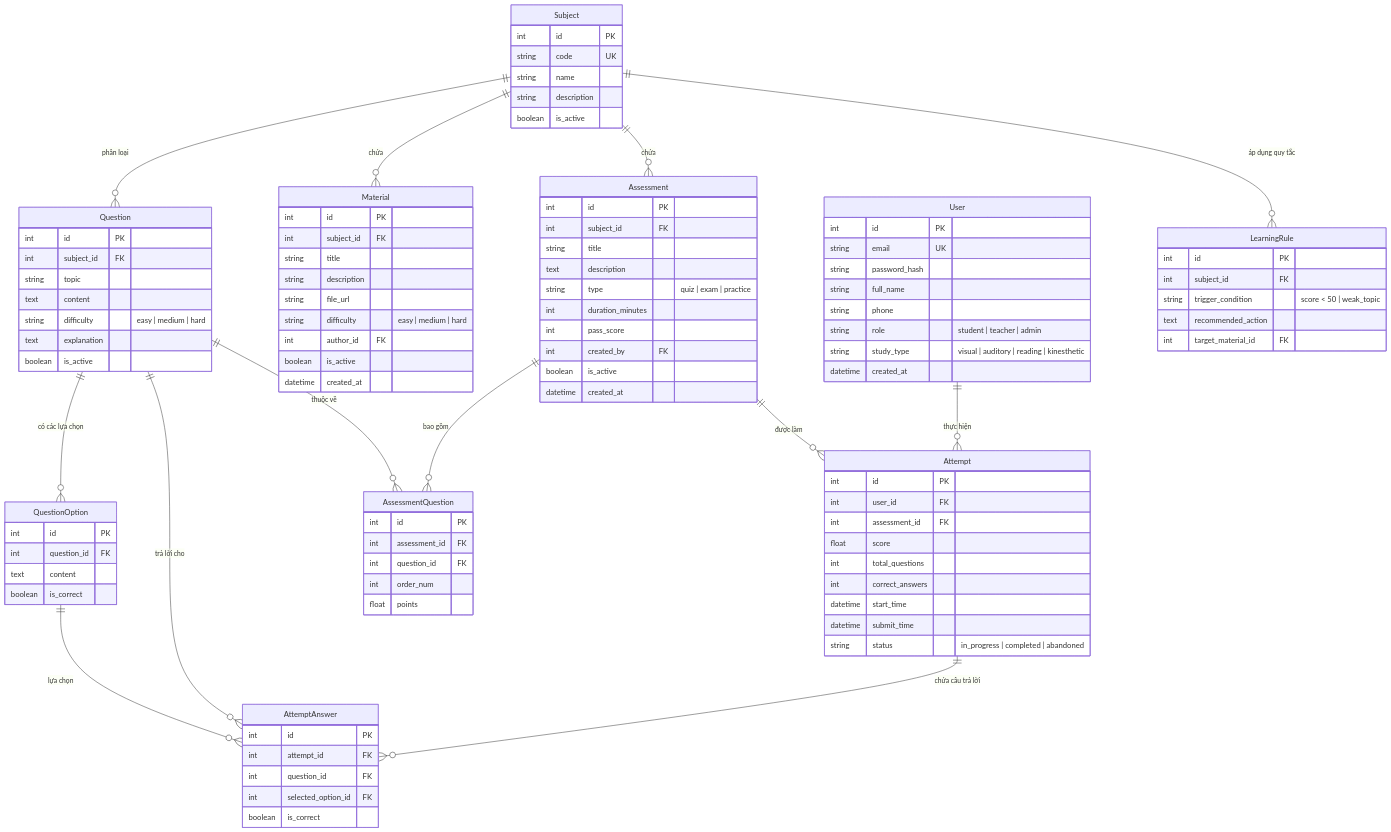
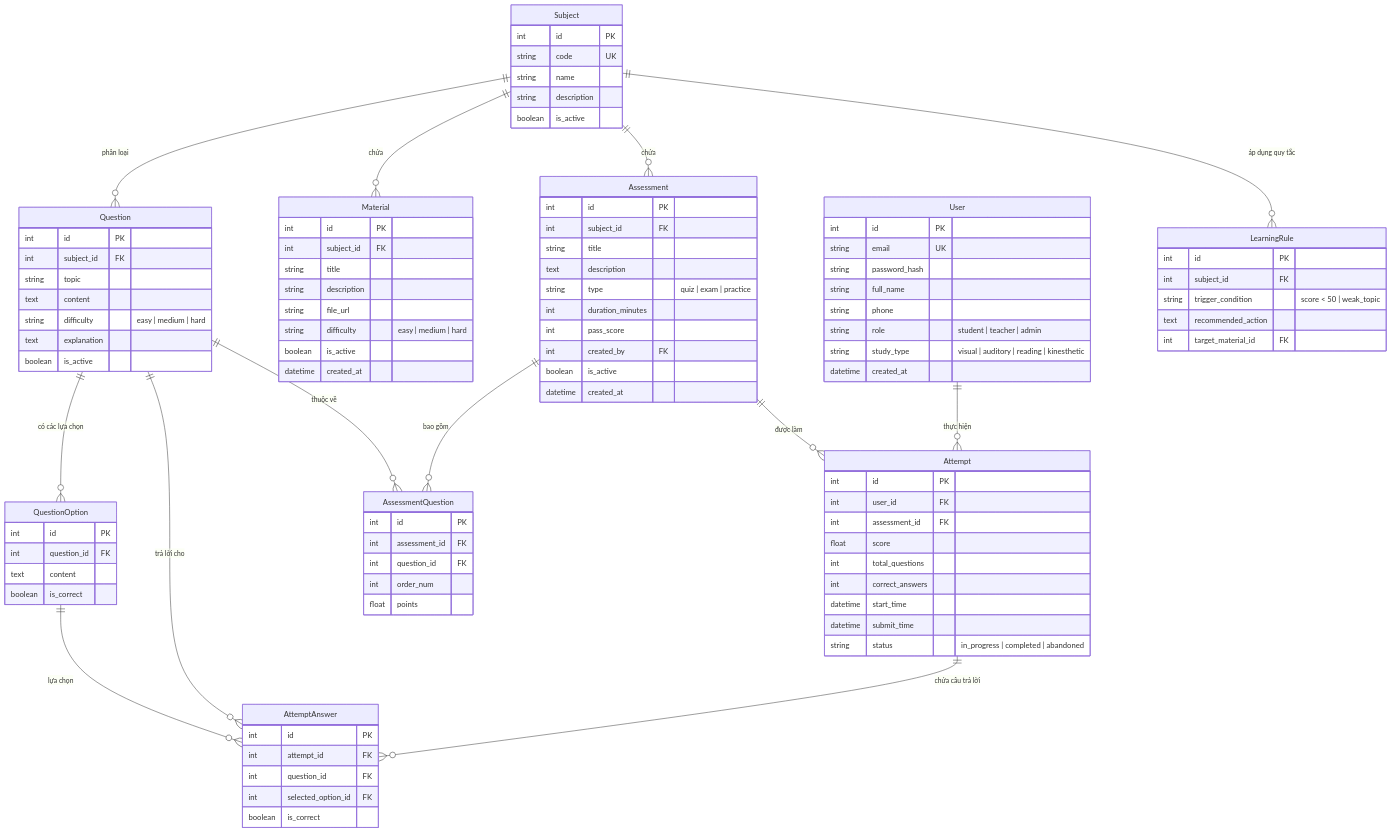
One commit to ngocmink/Adaptive_Exam_and_Learn changed the first of 2 diagrams in docs/sprint_1_backend_frontend_plan.md. Above: the diagram before and after it, drawn with Mermaid. The commit also changed 15 other files, not shown here.

```diff
--- a/docs/sprint_1_backend_frontend_plan.md
+++ b/docs/sprint_1_backend_frontend_plan.md
@@ -75,7 +75,6 @@
         string description
         string file_url
         string difficulty "easy | medium | hard"
-        int author_id FK
         boolean is_active
         datetime created_at
     }
```
